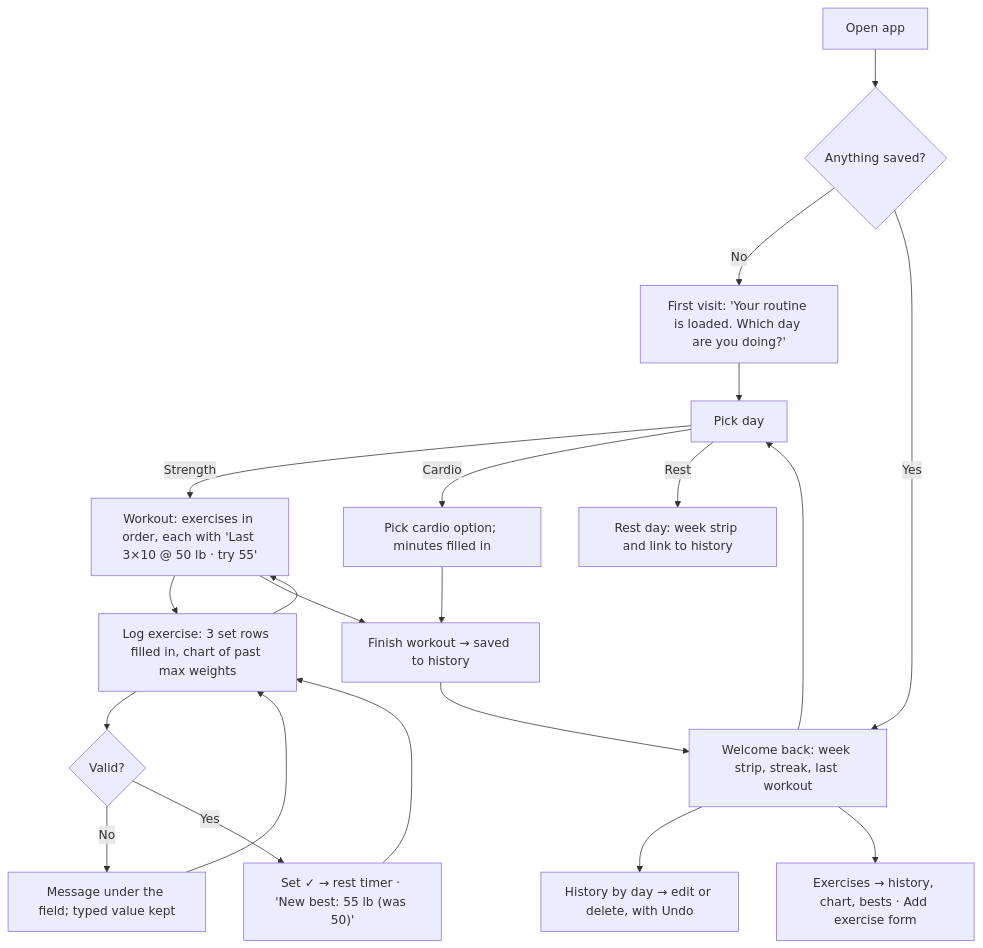
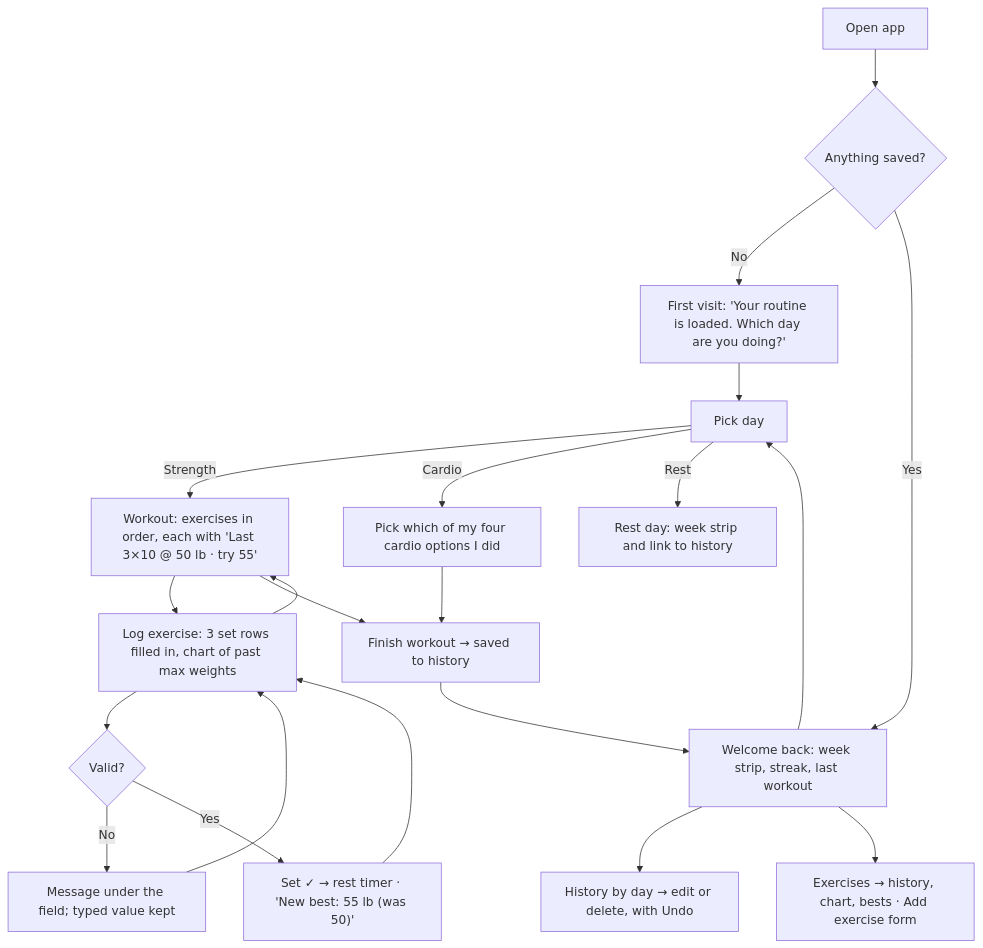
The diagram in README.md (basunikita/assignment-3-51238-basunikita), drawn with Mermaid before and after one commit. The commit also changed 12 other files, not shown here.

First line of the commit message:
Review round 1: cardio is just which option you did

````diff
--- a/README.md
+++ b/README.md
@@ -19,21 +19,21 @@
 ```mermaid
 flowchart TD
   A[Open app] --> B{Anything saved?}
   B -- No --> C["First visit: 'Your routine is loaded. Which day are you doing?'"]
   B -- Yes --> D["Welcome back: week strip, streak, last workout"]
   C --> E[Pick day]
   D --> E
   E -- Strength --> F["Workout: exercises in order, each with 'Last 3×10 @ 50 lb · try 55'"]
-  E -- Cardio --> G["Pick cardio option; minutes filled in"] --> S
+  E -- Cardio --> G["Pick which of my four cardio options I did"] --> S
   E -- Rest --> R["Rest day: week strip and link to history"]
   F --> H["Log exercise: 3 set rows filled in, chart of past max weights"]
   H --> I{Valid?}
   I -- No --> J["Message under the field; typed value kept"] --> H
   I -- Yes --> K["Set ✓ → rest timer · 'New best: 55 lb (was 50)'"]
   K --> H
   H --> F
   F --> S["Finish workout → saved to history"]
   S --> D
   D --> T["History by day → edit or delete, with Undo"]
   D --> U["Exercises → history, chart, bests · Add exercise form"]
 ```
````
